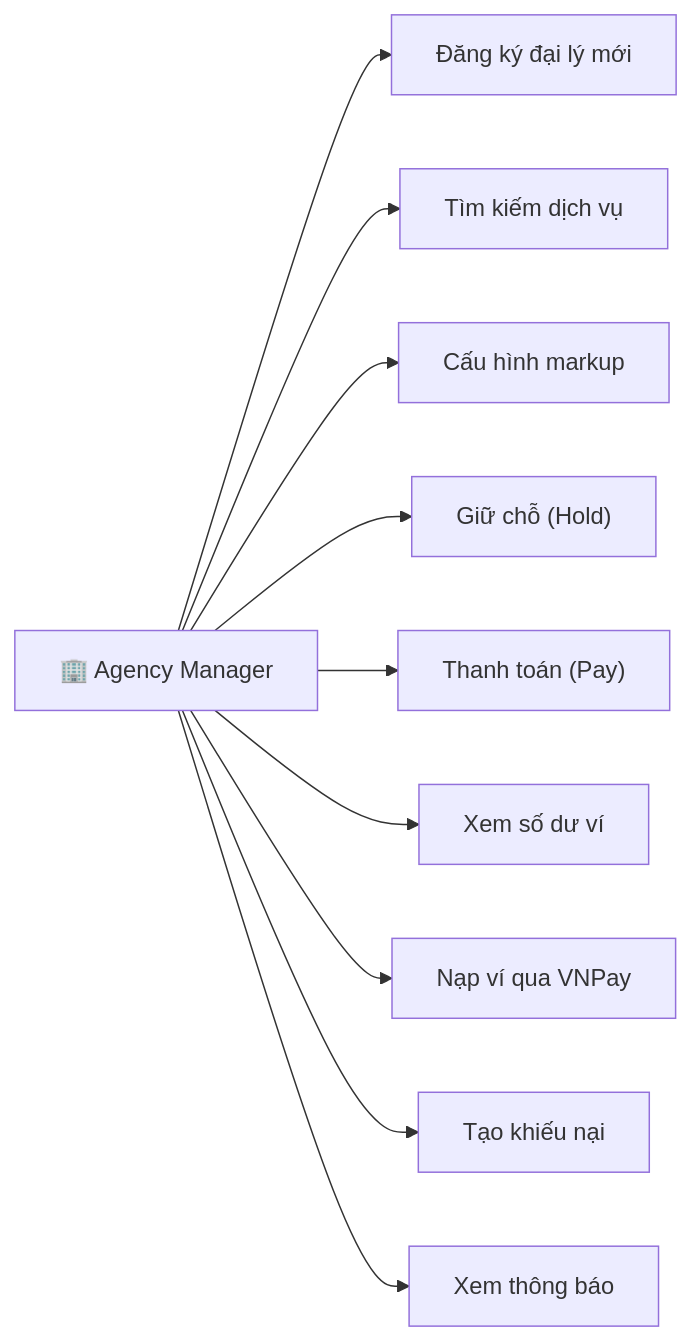
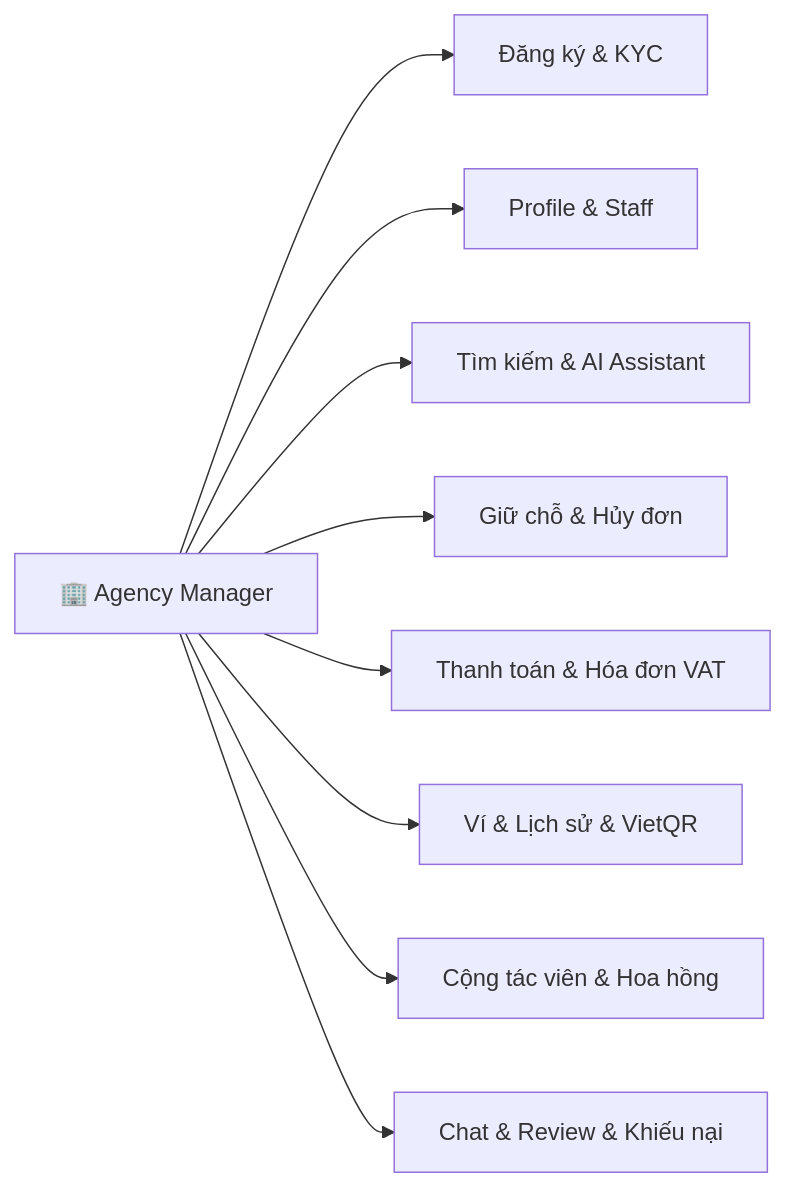
One commit to thanh-16/B2B_Tour changed the fourth of 25 diagrams in docs/actor and usecase/actors.md. Above: the diagram before and after it, drawn with Mermaid. The commit also changed other lines of this file, not shown here.

Commit message:
add chat bot and update plase2

````diff
--- a/docs/actor and usecase/actors.md
+++ b/docs/actor and usecase/actors.md
@@ -128,14 +144,13 @@
 ```mermaid
 graph LR
     AM["🏢 Agency Manager"]
 
-    AM --> UC_REG["Đăng ký đại lý mới"]
-    AM --> UC_SEARCH["Tìm kiếm dịch vụ"]
-    AM --> UC_MARKUP["Cấu hình markup"]
-    AM --> UC_HOLD["Giữ chỗ (Hold)"]
-    AM --> UC_PAY["Thanh toán (Pay)"]
-    AM --> UC_BAL["Xem số dư ví"]
-    AM --> UC_VNPAY["Nạp ví qua VNPay"]
-    AM --> UC_CLAIM["Tạo khiếu nại"]
-    AM --> UC_NOTI["Xem thông báo"]
+    AM --> UC_REG["Đăng ký & KYC"]
+    AM --> UC_PROFILE["Profile & Staff"]
+    AM --> UC_SEARCH["Tìm kiếm & AI Assistant"]
+    AM --> UC_HOLD["Giữ chỗ & Hủy đơn"]
+    AM --> UC_PAY["Thanh toán & Hóa đơn VAT"]
+    AM --> UC_WAL["Ví & Lịch sử & VietQR"]
+    AM --> UC_CTV["Cộng tác viên & Hoa hồng"]
+    AM --> UC_CHAT["Chat & Review & Khiếu nại"]
 ```
````
